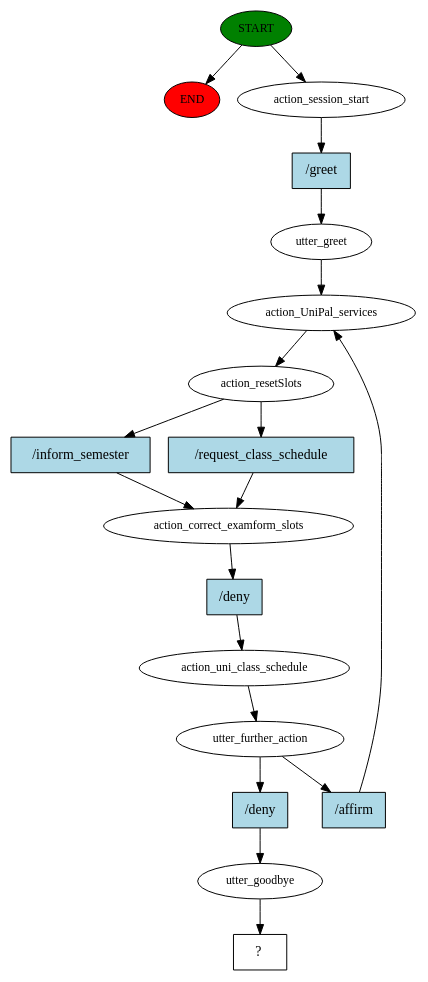
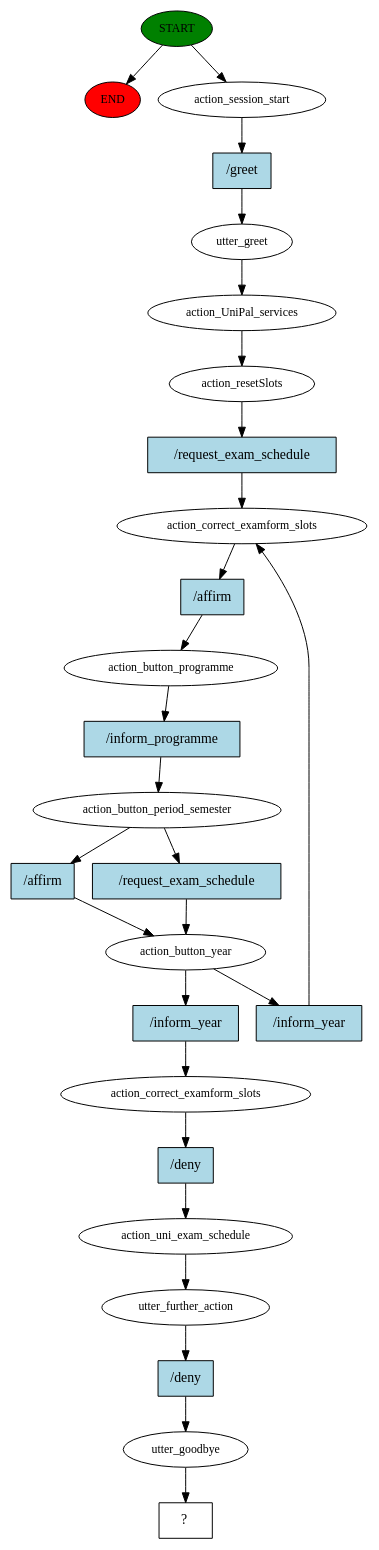
Before and after one commit to theatina/UniPal: the diagram in UniPal/story_graph.dot, drawn with Graphviz. The commit also changed 26 other files, not shown here.

```diff
--- a/UniPal/story_graph.dot
+++ b/UniPal/story_graph.dot
@@ -1,37 +1,53 @@
 digraph  {
 0 [class="start active", fillcolor=green, fontsize=12, label=START, style=filled];
 "-1" [class=end, fillcolor=red, fontsize=12, label=END, style=filled];
 1 [class=active, fontsize=12, label=action_session_start];
 2 [class=active, fontsize=12, label=utter_greet];
 3 [class=active, fontsize=12, label=action_UniPal_services];
 4 [class=active, fontsize=12, label=action_resetSlots];
 5 [class=active, fontsize=12, label=action_correct_examform_slots];
-6 [class=active, fontsize=12, label=action_uni_class_schedule];
-7 [class=active, fontsize=12, label=utter_further_action];
-13 [class=active, fontsize=12, label=utter_goodbye];
-14 [class="intent dashed active", label="  ?  ", shape=rect];
-15 [class="intent active", fillcolor=lightblue, label="/greet", shape=rect, style=filled];
-16 [class="intent active", fillcolor=lightblue, label="/inform_semester", shape=rect, style=filled];
-17 [class="intent active", fillcolor=lightblue, label="/request_class_schedule", shape=rect, style=filled];
-18 [class="intent active", fillcolor=lightblue, label="/deny", shape=rect, style=filled];
-19 [class="intent active", fillcolor=lightblue, label="/affirm", shape=rect, style=filled];
-20 [class="intent active", fillcolor=lightblue, label="/deny", shape=rect, style=filled];
+6 [class=active, fontsize=12, label=action_button_programme];
+7 [class=active, fontsize=12, label=action_button_period_semester];
+8 [class=active, fontsize=12, label=action_button_year];
+13 [class=active, fontsize=12, label=action_correct_examform_slots];
+14 [class=active, fontsize=12, label=action_uni_exam_schedule];
+15 [class=active, fontsize=12, label=utter_further_action];
+16 [class=active, fontsize=12, label=utter_goodbye];
+17 [class="intent dashed active", label="  ?  ", shape=rect];
+18 [class="intent active", fillcolor=lightblue, label="/greet", shape=rect, style=filled];
+19 [class="intent active", fillcolor=lightblue, label="/request_exam_schedule", shape=rect, style=filled];
+20 [class="intent active", fillcolor=lightblue, label="/affirm", shape=rect, style=filled];
+21 [class="intent active", fillcolor=lightblue, label="/inform_programme", shape=rect, style=filled];
+22 [class="intent active", fillcolor=lightblue, label="/affirm", shape=rect, style=filled];
+23 [class="intent active", fillcolor=lightblue, label="/request_exam_schedule", shape=rect, style=filled];
+24 [class="intent active", fillcolor=lightblue, label="/inform_year", shape=rect, style=filled];
+25 [class="intent active", fillcolor=lightblue, label="/inform_year", shape=rect, style=filled];
+26 [class="intent active", fillcolor=lightblue, label="/deny", shape=rect, style=filled];
+27 [class="intent active", fillcolor=lightblue, label="/deny", shape=rect, style=filled];
 0 -> "-1"  [class="", key=NONE, label=""];
 0 -> 1  [class=active, key=NONE, label=""];
-1 -> 15  [class=active, key=0];
+1 -> 18  [class=active, key=0];
 2 -> 3  [class=active, key=NONE, label=""];
 3 -> 4  [class=active, key=NONE, label=""];
-4 -> 16  [class=active, key=0];
-4 -> 17  [class=active, key=0];
-5 -> 18  [class=active, key=0];
-6 -> 7  [class=active, key=NONE, label=""];
-7 -> 19  [class=active, key=0];
-7 -> 20  [class=active, key=0];
-13 -> 14  [class=active, key=NONE, label=""];
-15 -> 2  [class=active, key=0];
-16 -> 5  [class=active, key=0];
-17 -> 5  [class=active, key=0];
-18 -> 6  [class=active, key=0];
-19 -> 3  [class=active, key=0];
-20 -> 13  [class=active, key=0];
+4 -> 19  [class=active, key=0];
+5 -> 20  [class=active, key=0];
+6 -> 21  [class=active, key=0];
+7 -> 22  [class=active, key=0];
+7 -> 23  [class=active, key=0];
+8 -> 24  [class=active, key=0];
+8 -> 25  [class=active, key=0];
+13 -> 26  [class=active, key=0];
+14 -> 15  [class=active, key=NONE, label=""];
+15 -> 27  [class=active, key=0];
+16 -> 17  [class=active, key=NONE, label=""];
+18 -> 2  [class=active, key=0];
+19 -> 5  [class=active, key=0];
+20 -> 6  [class=active, key=0];
+21 -> 7  [class=active, key=0];
+22 -> 8  [class=active, key=0];
+23 -> 8  [class=active, key=0];
+24 -> 5  [class=active, key=0];
+25 -> 13  [class=active, key=0];
+26 -> 14  [class=active, key=0];
+27 -> 16  [class=active, key=0];
 }
```
